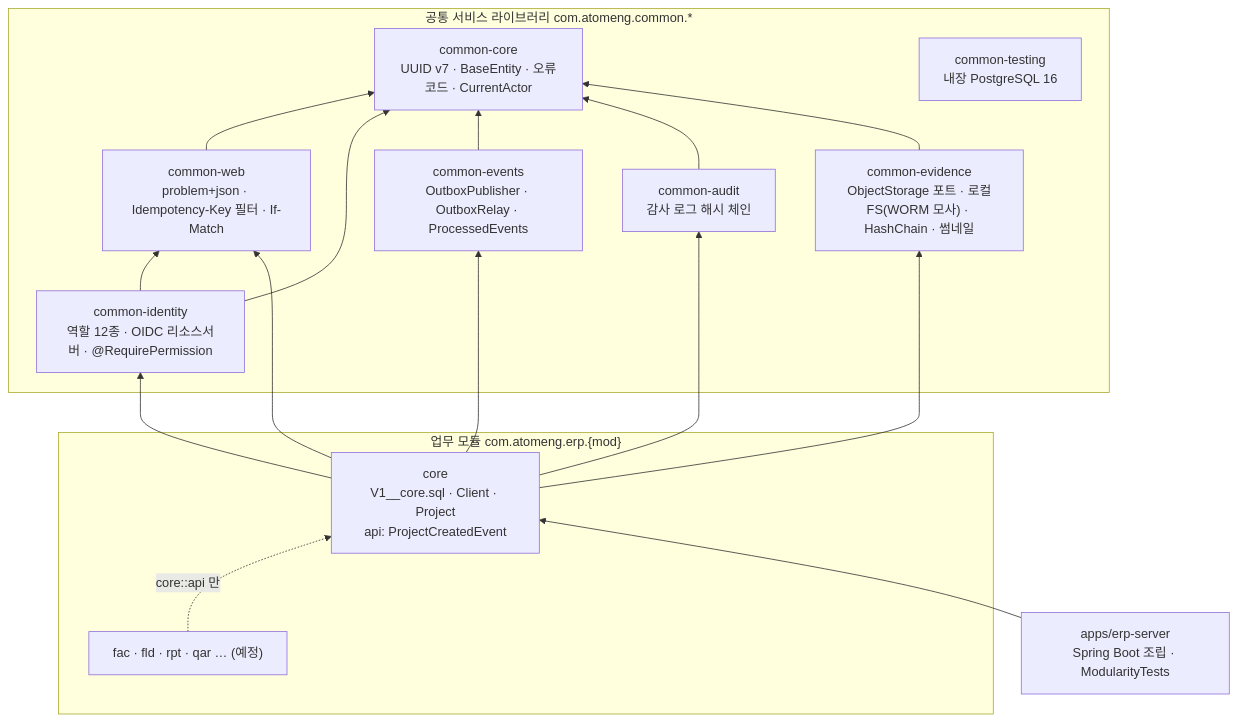
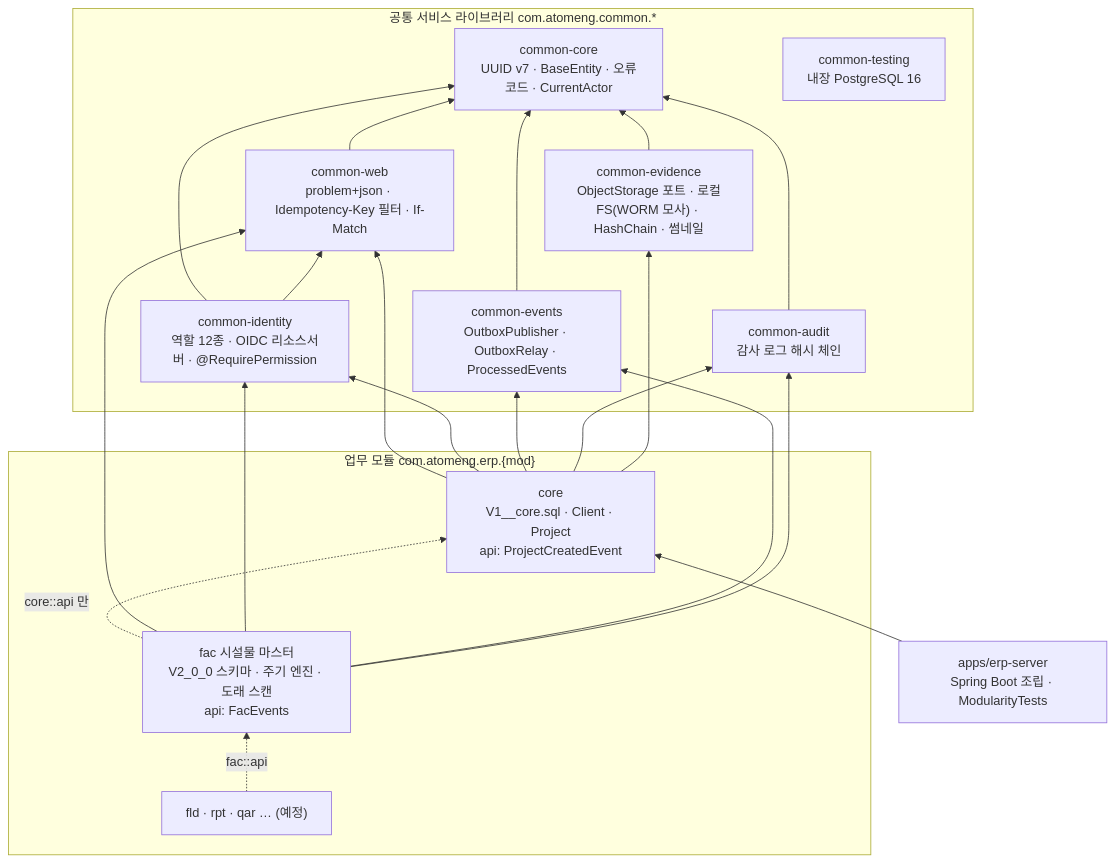
The diagram in README.md (limpst/atom-erp), drawn with Mermaid before and after one commit. The commit also changed other lines of this file and 36 other files, not shown here.

First line of the commit message:
feat(fac): 02 시설물 마스터 첫 단계 — fac 스키마·등급 불변·점검주기 엔진·도래 스캔·이벤트

````diff
--- a/README.md
+++ b/README.md
@@ -38,26 +39,29 @@
 ```mermaid
 flowchart BT
   subgraph COMMON["공통 서비스 라이브러리 com.atomeng.common.*"]
     CC["common-core<br>UUID v7 · BaseEntity · 오류코드 · CurrentActor"]
     CW["common-web<br>problem+json · Idempotency-Key 필터 · If-Match"]
     CI["common-identity<br>역할 12종 · OIDC 리소스서버 · @RequirePermission"]
     CE["common-events<br>OutboxPublisher · OutboxRelay · ProcessedEvents"]
     CA["common-audit<br>감사 로그 해시 체인"]
     CT["common-testing<br>내장 PostgreSQL 16"]
     CV["common-evidence<br>ObjectStorage 포트 · 로컬FS(WORM 모사) · HashChain · 썸네일"]
   end
   subgraph MODS["업무 모듈 com.atomeng.erp.{mod}"]
     CORE["core<br>V1__core.sql · Client · Project<br>api: ProjectCreatedEvent"]
-    NEXT["fac · fld · rpt · qar … (예정)"]
+    FAC["fac 시설물 마스터<br>V2_0_0 스키마 · 주기 엔진 · 도래 스캔<br>api: FacEvents"]
+    NEXT["fld · rpt · qar … (예정)"]
   end
   APP["apps/erp-server<br>Spring Boot 조립 · ModularityTests"]
   CW --> CC
   CI --> CC
   CI --> CW
   CE --> CC
   CA --> CC
   CV --> CC
   CORE --> CW & CI & CE & CA & CV
-  NEXT -. "core::api 만" .-> CORE
+  FAC -. "core::api 만" .-> CORE
+  FAC --> CW & CI & CE & CA
+  NEXT -. "fac::api" .-> FAC
   APP --> CORE
 ```
````
